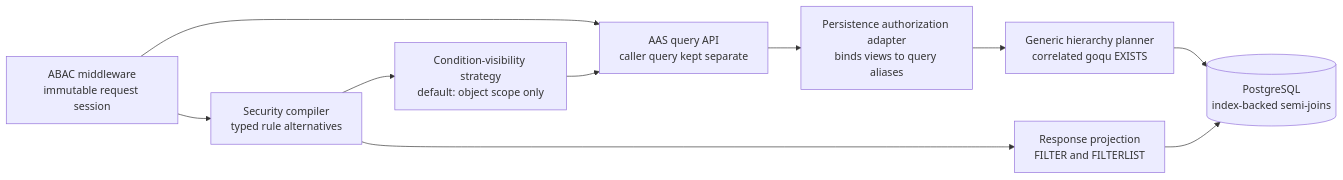
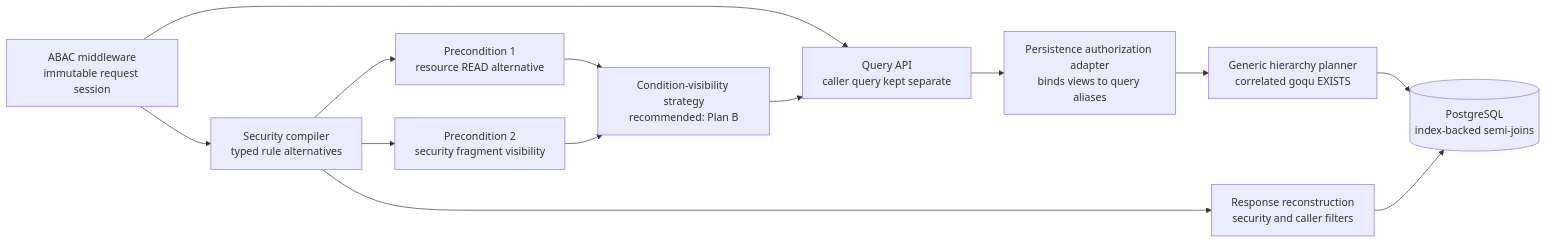
The diagram in docu/query_language/aas_hierarchy_authorization/README.md (eclipse-basyx/basyx-go-components), drawn with Mermaid before and after one commit. The commit also changed other lines of this file, not shown here.

Commit message:
update plan

````diff
--- a/docu/query_language/aas_hierarchy_authorization/README.md
+++ b/docu/query_language/aas_hierarchy_authorization/README.md
@@ -236,18 +444,22 @@
 ```mermaid
 flowchart LR
   Middleware[ABAC middleware<br/>immutable request session]
   Compiler[Security compiler<br/>typed rule alternatives]
-  Strategy[Condition-visibility strategy<br/>default: object scope only]
-  Projection[Response projection<br/>FILTER and FILTERLIST]
-  API[AAS query API<br/>caller query kept separate]
+  ReadGate[Precondition 1<br/>resource READ alternative]
+  FragmentGate[Precondition 2<br/>security fragment visibility]
+  Strategy[Condition-visibility strategy<br/>recommended: Plan B]
+  Projection[Response reconstruction<br/>security and caller filters]
+  API[Query API<br/>caller query kept separate]
   Adapter[Persistence authorization adapter<br/>binds views to query aliases]
   Planner[Generic hierarchy planner<br/>correlated goqu EXISTS]
   DB[(PostgreSQL<br/>index-backed semi-joins)]
 
   Middleware --> API
   Middleware --> Compiler
-  Compiler --> Strategy --> API
+  Compiler --> ReadGate --> Strategy
+  Compiler --> FragmentGate --> Strategy
+  Strategy --> API
   Compiler --> Projection
   API --> Adapter --> Planner --> DB
   Projection --> DB
 ```
````
